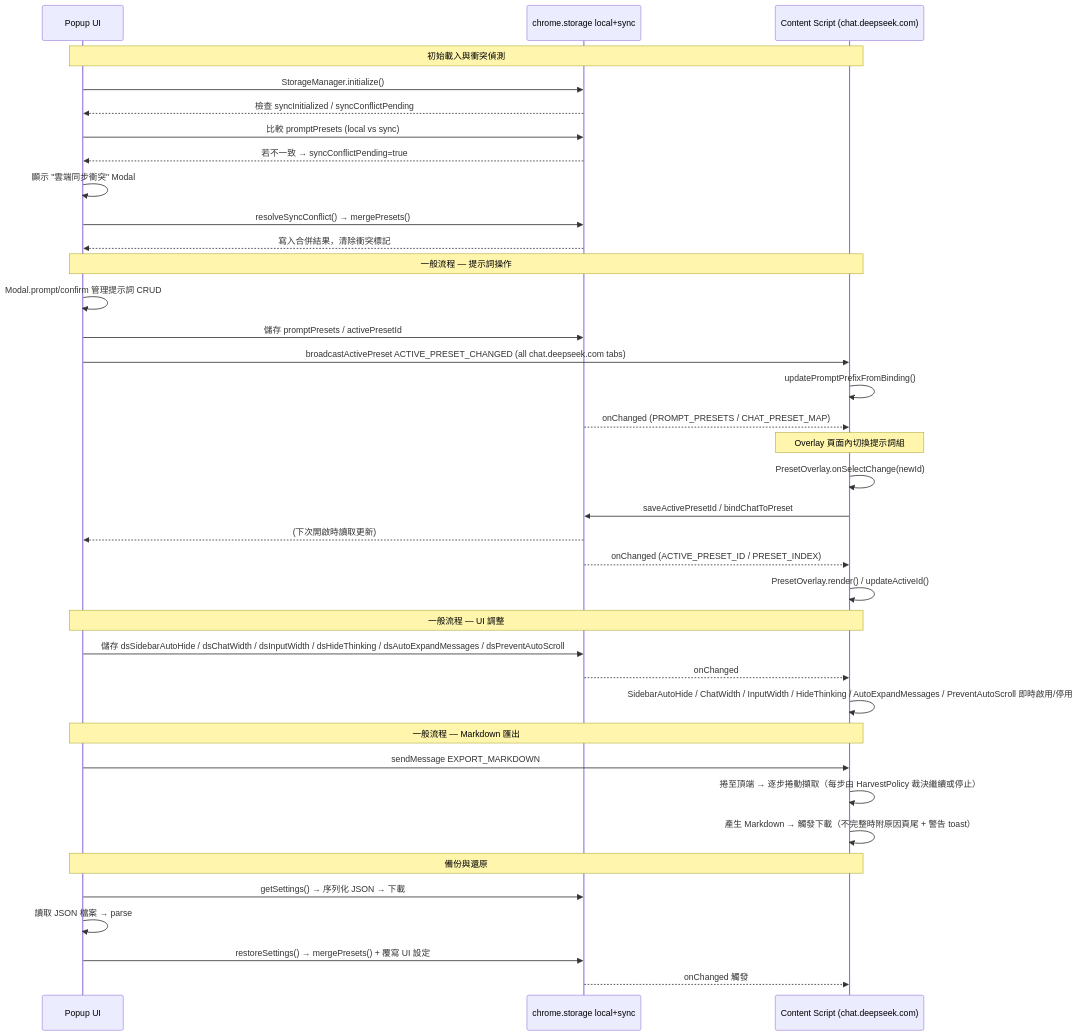
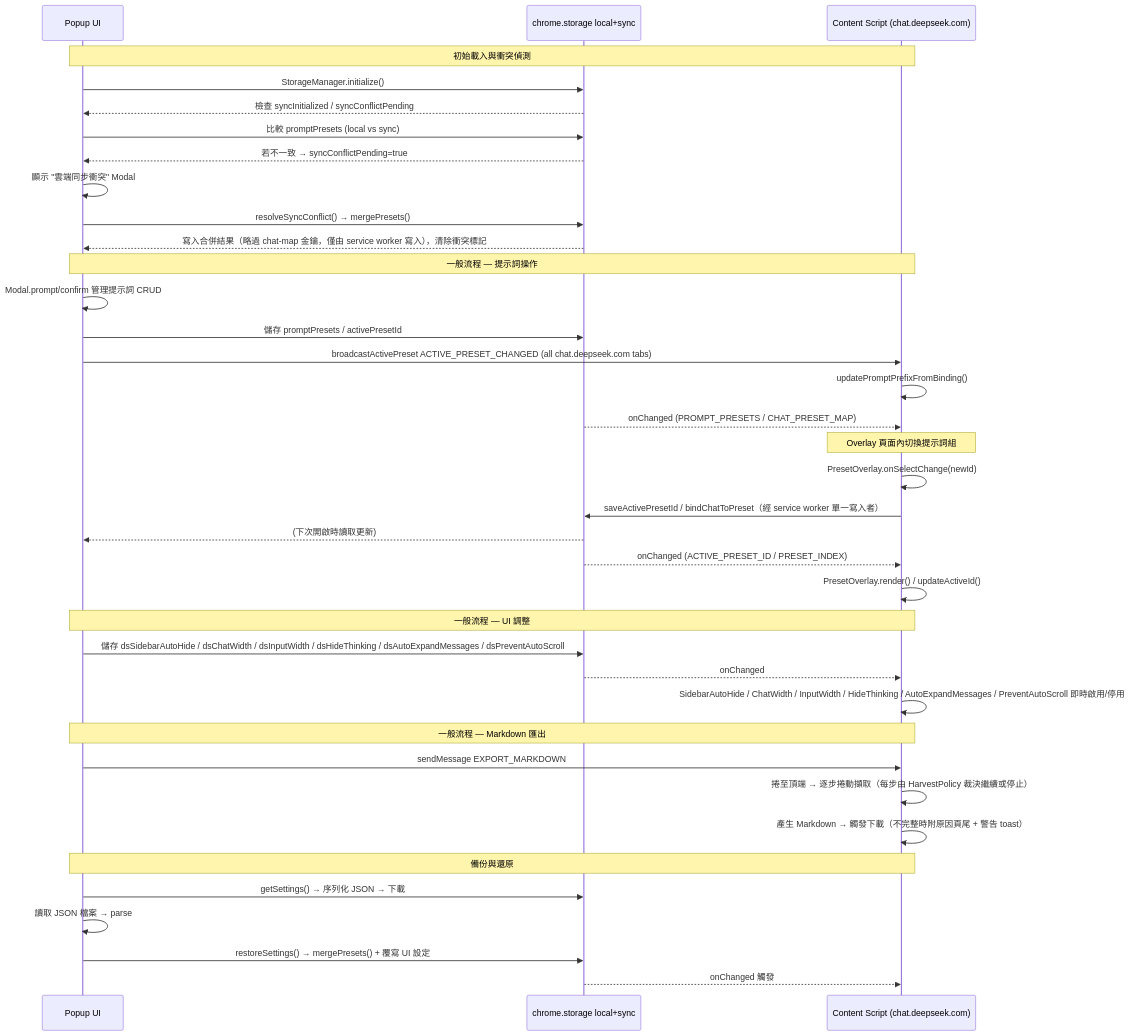
Before and after one commit to sov1n14/ds-studio: the diagram in docs/ARCHITECTURE.md, drawn with Mermaid. The commit also changed other lines of this file and 31 other files, not shown here.

````diff
--- a/docs/ARCHITECTURE.md
+++ b/docs/ARCHITECTURE.md
@@ -331,45 +336,45 @@
 ```mermaid
 sequenceDiagram
     participant Popup as Popup UI
     participant Storage as chrome.storage local+sync
     participant Content as Content Script (chat.deepseek.com)
 
     Note over Popup,Content: 初始載入與衝突偵測
     Popup->>Storage: StorageManager.initialize()
     Storage-->>Popup: 檢查 syncInitialized / syncConflictPending
     Popup->>Storage: 比較 promptPresets (local vs sync)
     Storage-->>Popup: 若不一致 → syncConflictPending=true
     Popup->>Popup: 顯示 "雲端同步衝突" Modal
     Popup->>Storage: resolveSyncConflict() → mergePresets()
-    Storage-->>Popup: 寫入合併結果，清除衝突標記
+    Storage-->>Popup: 寫入合併結果（略過 chat-map 金鑰，僅由 service worker 寫入），清除衝突標記
 
     Note over Popup,Content: 一般流程 — 提示詞操作
     Popup->>Popup: Modal.prompt/confirm 管理提示詞 CRUD
     Popup->>Storage: 儲存 promptPresets / activePresetId
     Popup->>Content: broadcastActivePreset ACTIVE_PRESET_CHANGED (all chat.deepseek.com tabs)
     Content->>Content: updatePromptPrefixFromBinding()
     Storage-->>Content: onChanged (PROMPT_PRESETS / CHAT_PRESET_MAP)
 
     Note over Content: Overlay 頁面內切換提示詞組
     Content->>Content: PresetOverlay.onSelectChange(newId)
-    Content->>Storage: saveActivePresetId / bindChatToPreset
+    Content->>Storage: saveActivePresetId / bindChatToPreset（經 service worker 單一寫入者）
     Storage-->>Popup: (下次開啟時讀取更新)
     Storage-->>Content: onChanged (ACTIVE_PRESET_ID / PRESET_INDEX)
     Content->>Content: PresetOverlay.render() / updateActiveId()
 
     Note over Popup,Content: 一般流程 — UI 調整
     Popup->>Storage: 儲存 dsSidebarAutoHide / dsChatWidth / dsInputWidth / dsHideThinking / dsAutoExpandMessages / dsPreventAutoScroll
     Storage-->>Content: onChanged
     Content->>Content: SidebarAutoHide / ChatWidth / InputWidth / HideThinking / AutoExpandMessages / PreventAutoScroll 即時啟用/停用
 
     Note over Popup,Content: 一般流程 — Markdown 匯出
     Popup->>Content: sendMessage EXPORT_MARKDOWN
     Content->>Content: 捲至頂端 → 逐步捲動擷取（每步由 HarvestPolicy 裁決繼續或停止）
     Content->>Content: 產生 Markdown → 觸發下載（不完整時附原因頁尾 + 警告 toast）
 
     Note over Popup,Content: 備份與還原
     Popup->>Storage: getSettings() → 序列化 JSON → 下載
     Popup->>Popup: 讀取 JSON 檔案 → parse
     Popup->>Storage: restoreSettings() → mergePresets() + 覆寫 UI 設定
     Storage-->>Content: onChanged 觸發
 ```
````
